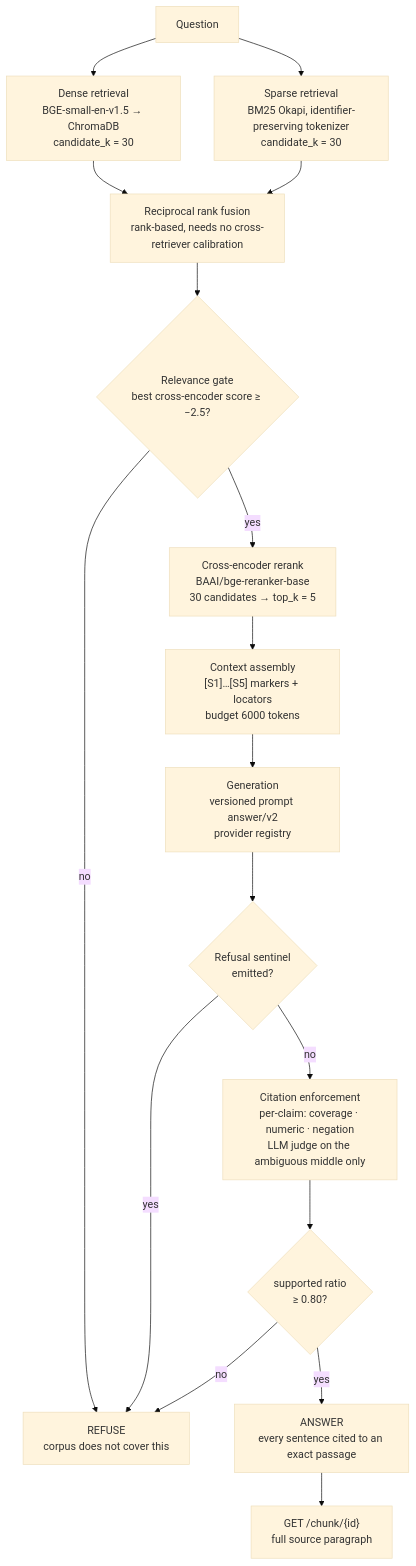
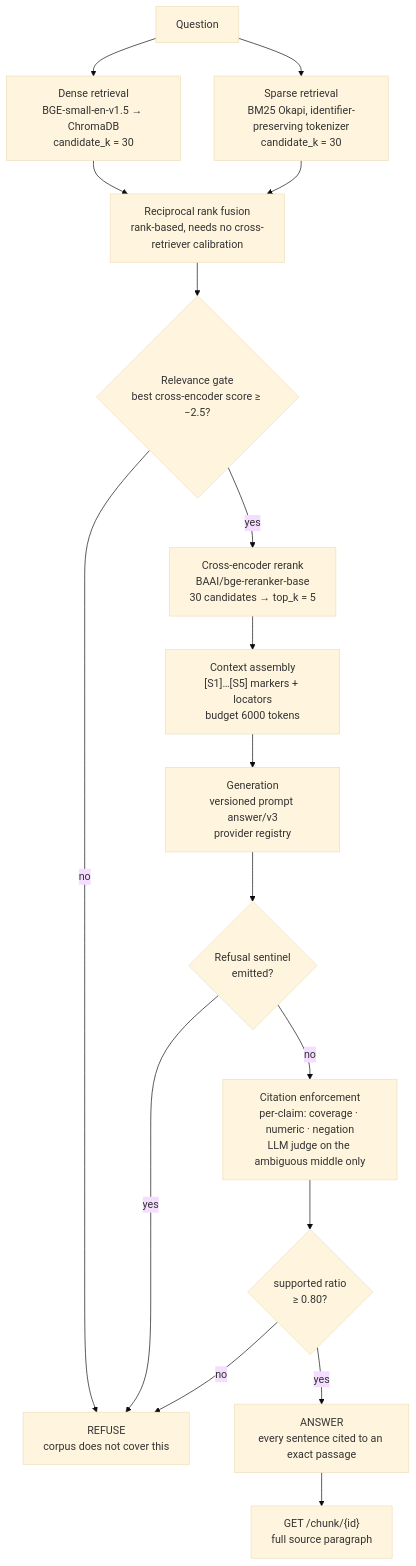
One commit to Yashwanth-Nallapuneni/rag changed the first of 3 diagrams in docs/architecture.md. Above: the diagram before and after it, drawn with Mermaid (base theme). The commit also changed 4 other files, not shown here.

````diff
--- a/docs/architecture.md
+++ b/docs/architecture.md
@@ -5,25 +5,25 @@
 ```mermaid
 flowchart TB
     Q["Question"] --> DENSE["Dense retrieval<br/>BGE-small-en-v1.5 → ChromaDB<br/>candidate_k = 30"]
     Q --> SPARSE["Sparse retrieval<br/>BM25 Okapi, identifier-preserving tokenizer<br/>candidate_k = 30"]
 
     DENSE --> FUSE["Reciprocal rank fusion<br/>rank-based, needs no cross-retriever calibration"]
     SPARSE --> FUSE
 
     FUSE --> GATE{"Relevance gate<br/>best cross-encoder score ≥ −2.5?"}
     GATE -->|no| REFUSE["REFUSE<br/>corpus does not cover this"]
     GATE -->|yes| RERANK["Cross-encoder rerank<br/>BAAI/bge-reranker-base<br/>30 candidates → top_k = 5"]
 
     RERANK --> CTX["Context assembly<br/>[S1]…[S5] markers + locators<br/>budget 6000 tokens"]
-    CTX --> GEN["Generation<br/>versioned prompt answer/v2<br/>provider registry"]
+    CTX --> GEN["Generation<br/>versioned prompt answer/v3<br/>provider registry"]
 
     GEN --> SENT{"Refusal sentinel<br/>emitted?"}
     SENT -->|yes| REFUSE
     SENT -->|no| VERIFY["Citation enforcement<br/>per-claim: coverage · numeric · negation<br/>LLM judge on the ambiguous middle only"]
 
     VERIFY --> RATIO{"supported ratio<br/>≥ 0.80?"}
     RATIO -->|no| REFUSE
     RATIO -->|yes| ANS["ANSWER<br/>every sentence cited to an exact passage"]
 
     ANS --> CLICK["GET /chunk/{id}<br/>full source paragraph"]
 ```
````
